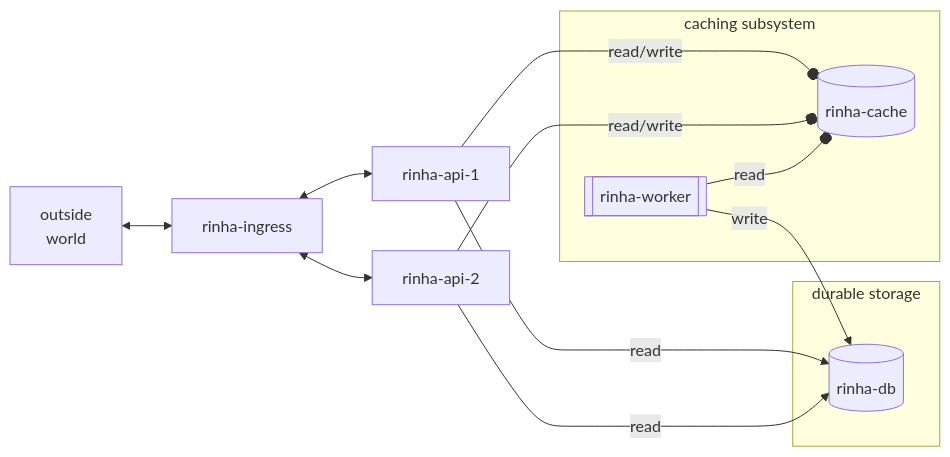
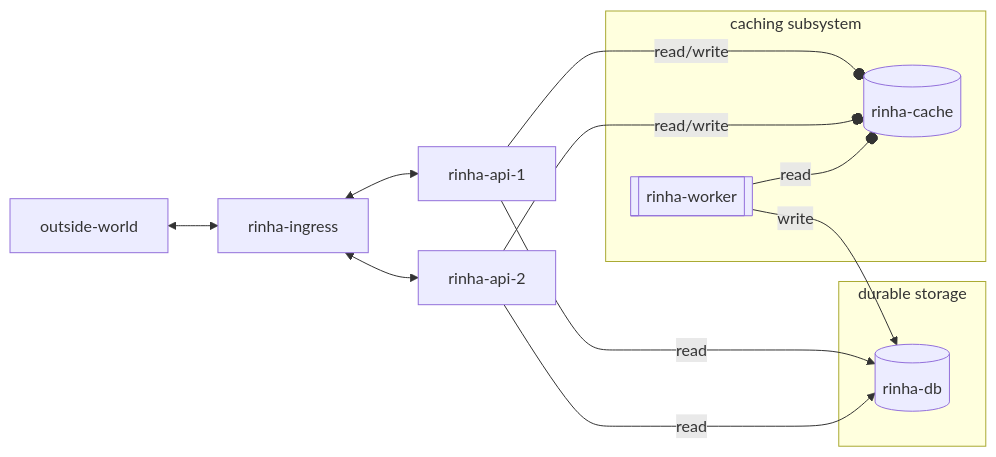
Before and after one commit to flipbit03/rinha-de-backend-2024-q1-cadu: the diagram in README.md, drawn with Mermaid. The commit also changed 20 other files, not shown here.

````diff
--- a/README.md
+++ b/README.md
@@ -10,19 +10,19 @@
 ```mermaid
 flowchart LR
-  OUTSIDE[outside\nworld] <--> NGINX[rinha-ingress]
+  OUTSIDE[outside-world] <--> NGINX[rinha-ingress]
   subgraph caching subsystem
     CACHE[(rinha-cache)]
     WORKER[[rinha-worker]]
   end
   subgraph durable storage 
       DB
   end
   NGINX <--> API1[rinha-api-1]
   NGINX <--> API2[rinha-api-2]
   API1 <--o |read/write| CACHE
   API2 <--o |read/write| CACHE
   WORKER --o |read| CACHE 
   WORKER --> |write| DB
   API1 --> |read| DB[(rinha-db)]
   API2 --> |read| DB
 ```
````
